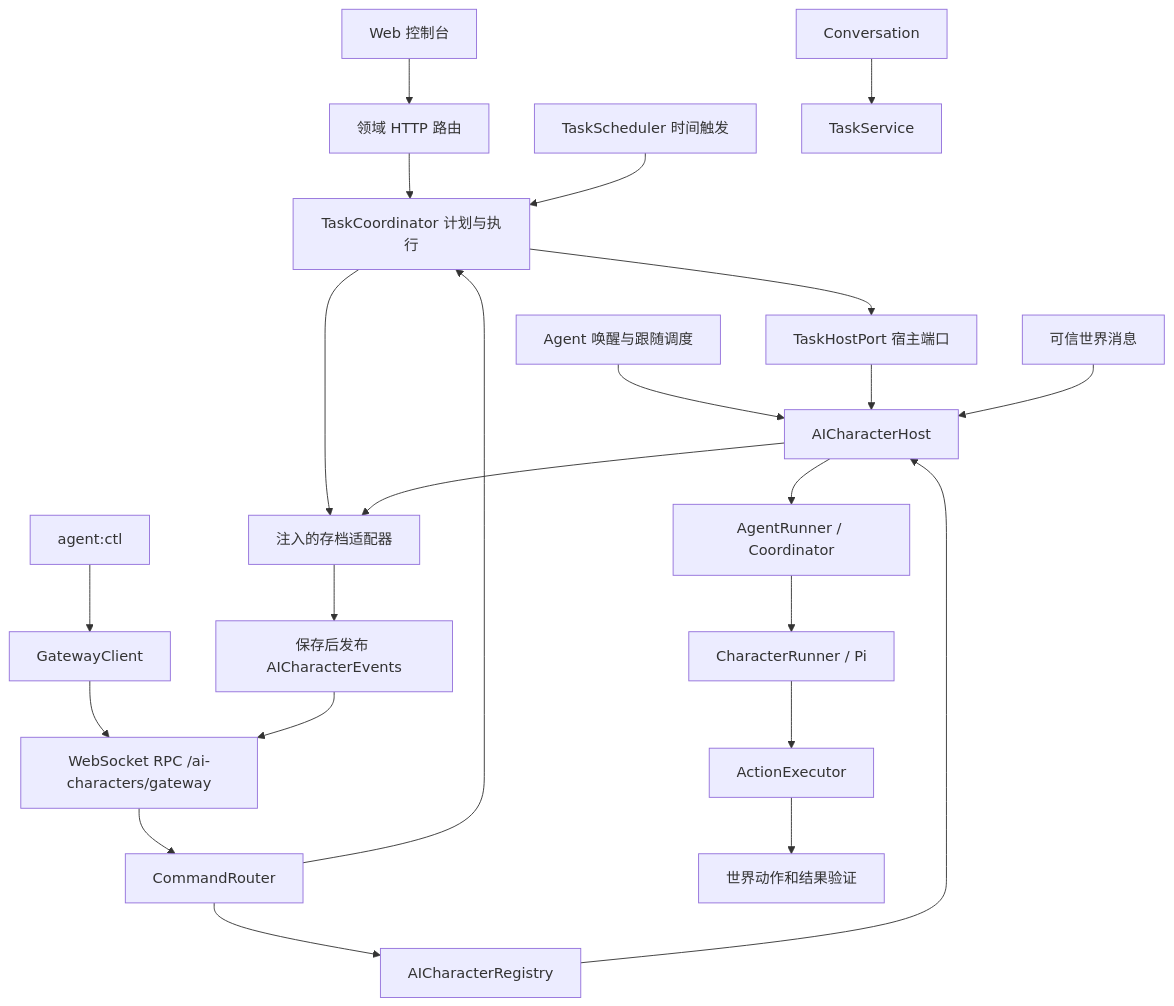
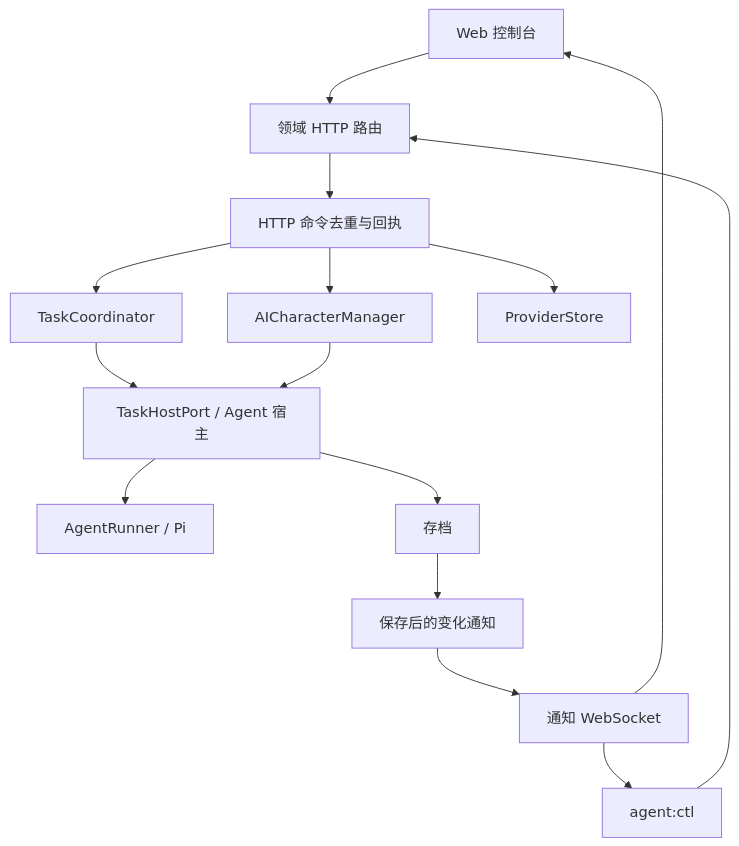
Before and after one commit to lulabs-org/agent-voxel-world: the diagram in docs/AGENT_GATEWAY.md, drawn with Mermaid. The commit also changed other lines of this file and 70 other files, not shown here.

First line of the commit message:
refactor: remove legacy gateway and consolidate agent management

````diff
--- a/docs/AGENT_GATEWAY.md
+++ b/docs/AGENT_GATEWAY.md
@@ -5,25 +5,17 @@
 ```mermaid
 flowchart TD
   Web[Web 控制台] --> HTTP[领域 HTTP 路由]
-  CLI[agent:ctl] --> Client[GatewayClient]
-  Client --> RPC[WebSocket RPC /ai-characters/gateway]
-  HTTP --> Plans
-  RPC --> Router[CommandRouter]
-  Router --> Registry[AICharacterRegistry]
-  Scheduler[Agent 唤醒与跟随调度] --> Host[AICharacterHost]
-  Router --> Plans[TaskCoordinator 计划与执行]
-  Plans --> Port[TaskHostPort 宿主端口]
-  Port --> Host
-  Timer[TaskScheduler 时间触发] --> Plans
-  Plans --> Archive
-  Registry --> Host
-  Host --> Runner[AgentRunner / Coordinator]
-  Player[可信世界消息] --> Host
-  Runner --> Decision[CharacterRunner / Pi]
-  Decision --> Task[ActionExecutor]
-  Conversation --> Rules[TaskService]
-  Task --> World[世界动作和结果验证]
-  Host --> Archive[注入的存档适配器]
-  Archive --> Events[保存后发布 AICharacterEvents]
-  Events --> RPC
+  CLI[agent:ctl] --> HTTP
+  HTTP --> Commands[HTTP 命令去重与回执]
+  Commands --> Characters[AICharacterManager]
+  Commands --> Tasks[TaskCoordinator]
+  Commands --> Providers[ProviderStore]
+  Tasks --> Host[TaskHostPort / Agent 宿主]
+  Characters --> Host
+  Host --> Runtime[AgentRunner / Pi]
+  Host --> Archive[存档]
+  Archive --> Events[保存后的变化通知]
+  Events --> WS[通知 WebSocket]
+  WS --> Web
+  WS --> CLI
 ```
````
